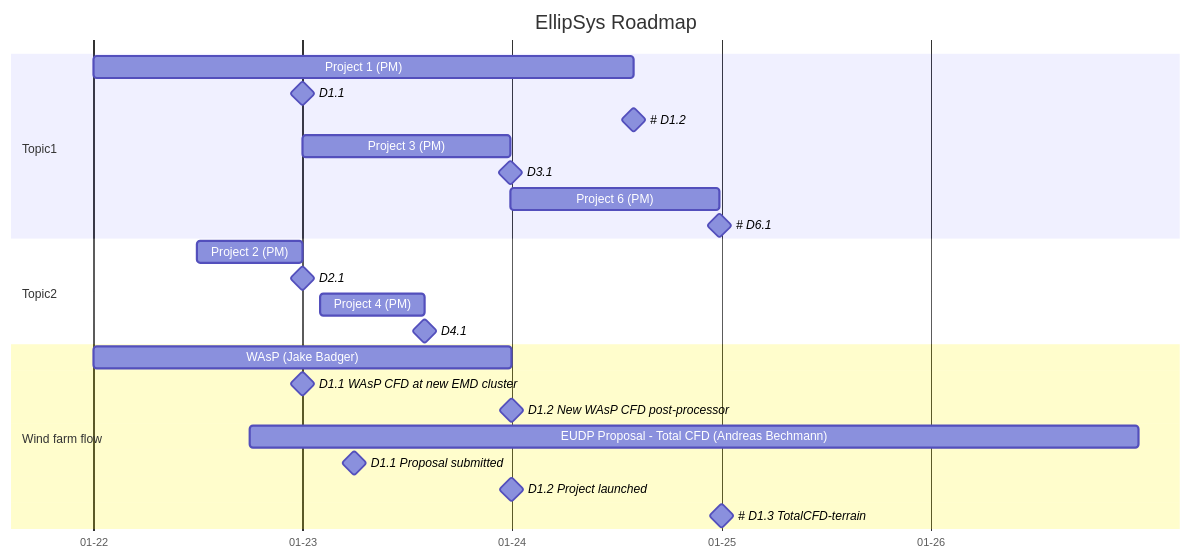
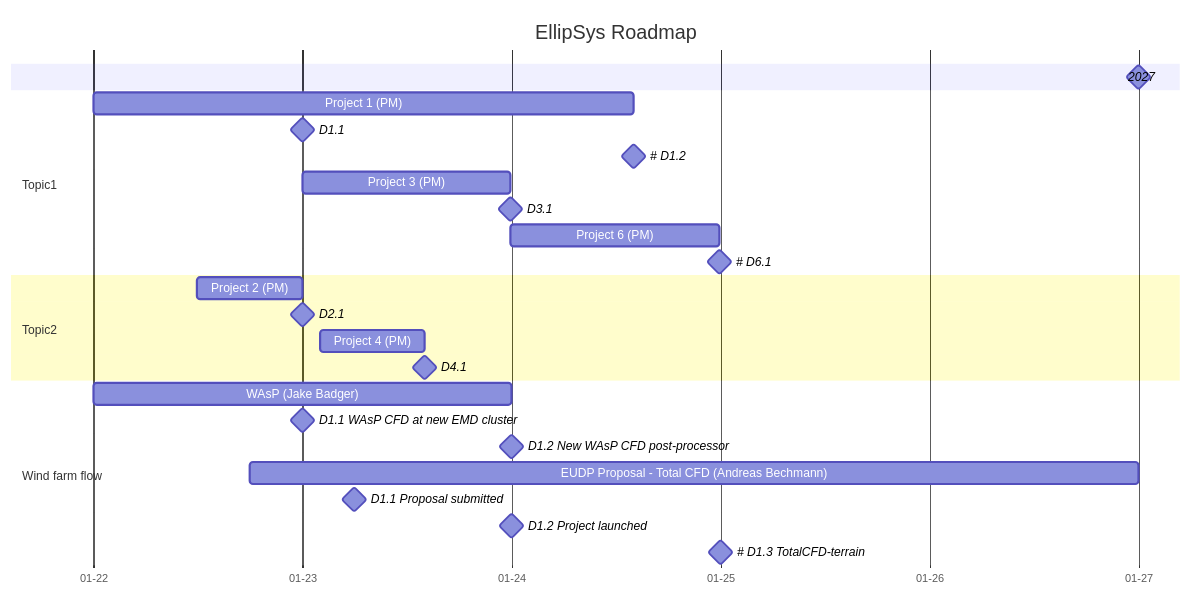
One commit to andh-dtu/test changed the diagram in README.md. Above: the diagram before and after it, drawn with Mermaid.

````diff
--- a/README.md
+++ b/README.md
@@ -1,30 +1,32 @@
 ```mermaid
 gantt
 Title EllipSys Roadmap
 dateFormat YYYY-MM-DD
 axisFormat %m-%y
- 
+
+2027 : milestone, 5-years, 2027-01-01, 2min
+
 section Topic1
 Project 1 (PM): p1, 2022-01-01, 2024-08-01
 D1.1 : milestone, m11, 2023-01-01, 2min
 # D1.2 : milestone, m12, after p1, 2min
 Project 3 (PM): p3, 2023-01-01, 52w
 D3.1 : milestone, m31, after p3, 2min
 Project 6 (PM): p6, after p3, 52w
 # D6.1 : milestone, m61, after p6, 2min
 
 section Topic2
 Project 2 (PM): p2, 2022-07-01, 2023-01-01
 D2.1 : milestone, m21, after p2, 2min
 Project 4 (PM): p4, 2023-02-01 , 26w
 D4.1 : milestone, m41, after p4, 2min
 
 section Wind farm flow
 WAsP (Jake Badger) : waspcfd, 2022-01-01, 2024-01-01
 D1.1 WAsP CFD at new EMD cluster : milestone, waspcfd_1, 2023-01-01, 2min
 D1.2 New WAsP CFD post-processor : milestone, waspcfd_2, 2024-01-01, 2min
-EUDP Proposal - Total CFD (Andreas Bechmann) : totalcfd, 2022-10-01, 2026-12-31
+EUDP Proposal - Total CFD (Andreas Bechmann) : totalcfd, 2022-10-01, 2027-01-01
 D1.1 Proposal submitted : milestone, totalcfd_1, 2023-04-01, 2min
 D1.2 Project launched    : milestone, totalcfd_2, 2024-01-01, 2min
 # D1.3 TotalCFD-terrain : milestone, totalcfd_3, 2025-01-01, 2min
 ```
````
